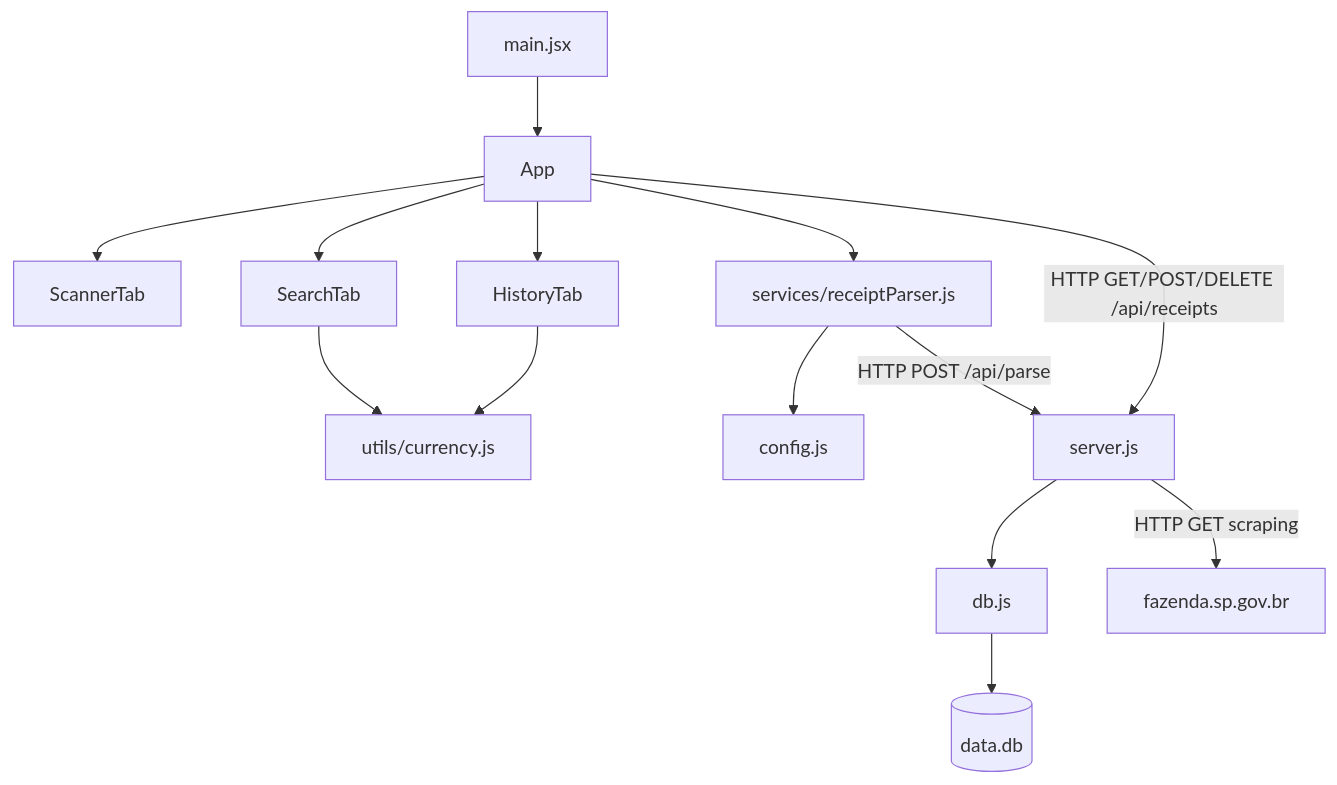
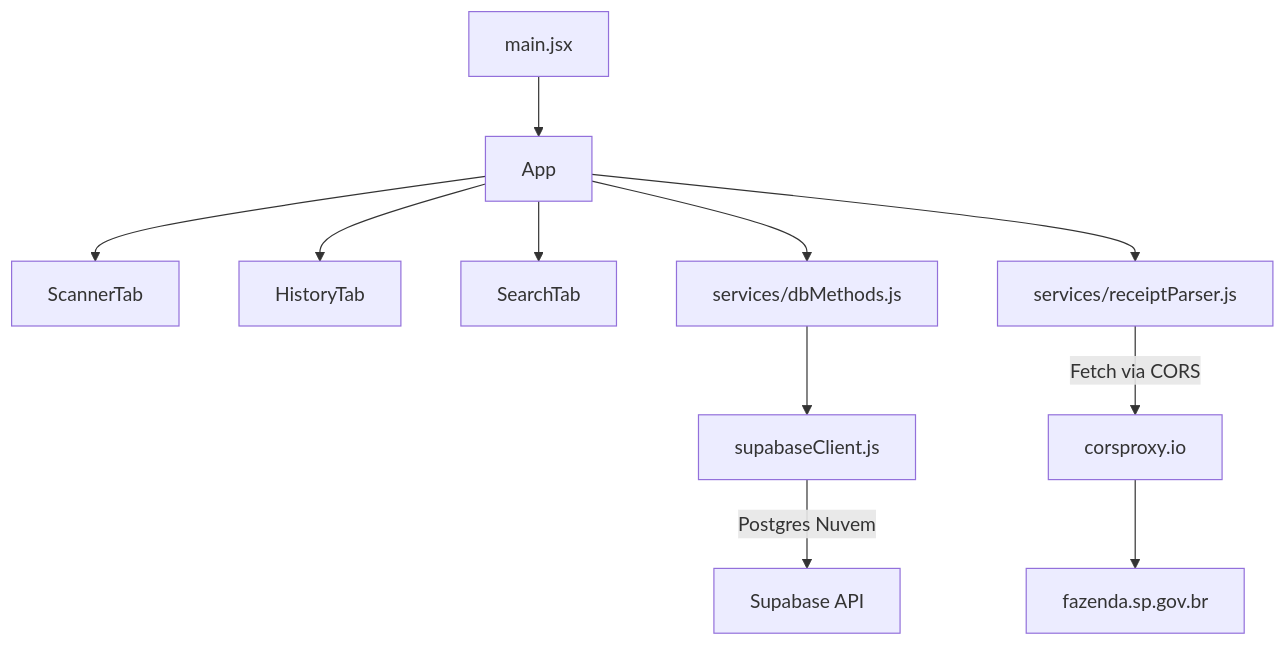
Before and after one commit to Bosguega/my_mercado: the second of 2 diagrams in ARCHITECTURE.md, drawn with Mermaid. The commit also changed other lines of this file and 14 other files, not shown here.

````diff
--- a/ARCHITECTURE.md
+++ b/ARCHITECTURE.md
@@ -194,16 +163,15 @@
 ```mermaid
 graph TD
     main["main.jsx"] --> App
     App --> ScannerTab
     App --> HistoryTab
     App --> SearchTab
+    App --> dbMethods["services/dbMethods.js"]
     App --> receiptParser["services/receiptParser.js"]
-    SearchTab --> currency["utils/currency.js"]
-    HistoryTab --> currency
-    receiptParser --> config["config.js"]
-    receiptParser -- "HTTP POST /api/parse" --> server["server.js"]
-    App -- "HTTP GET/POST/DELETE /api/receipts" --> server
-    server --> db["db.js"]
-    db --> SQLite[("data.db")]
-    server -- "HTTP GET scraping" --> Sefaz["fazenda.sp.gov.br"]
+    
+    dbMethods --> supabase["supabaseClient.js"]
+    supabase -- "Postgres Nuvem" --> SupabasePlatform["Supabase API"]
+
+    receiptParser -- "Fetch via CORS" --> corsproxy["corsproxy.io"]
+    corsproxy --> Sefaz["fazenda.sp.gov.br"]
 ```
````
